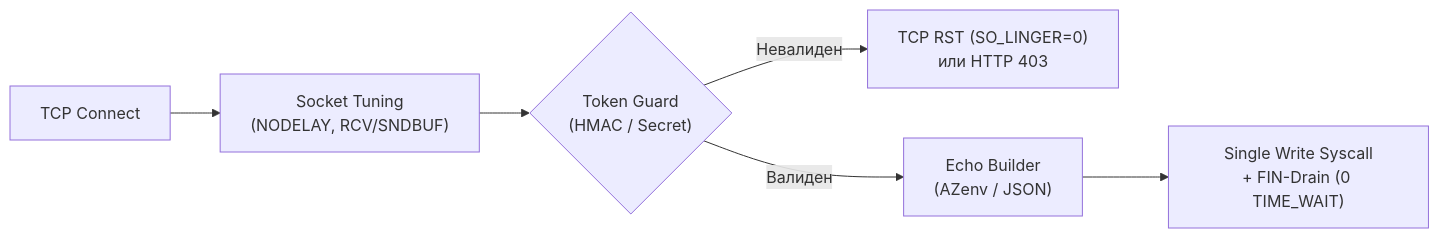
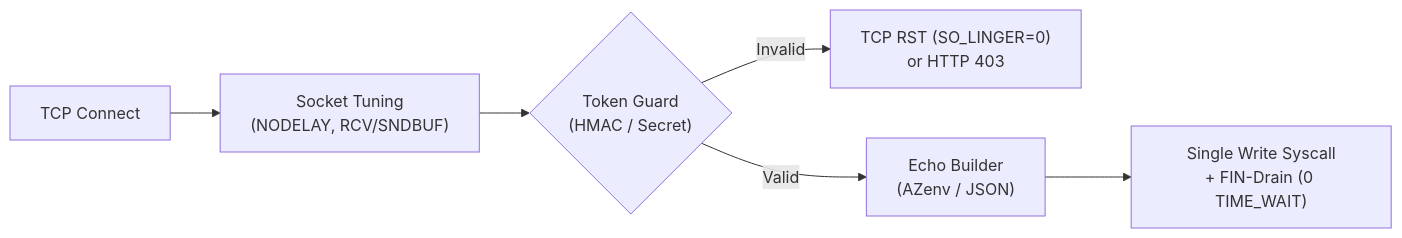
Before and after one commit to stormsia/hydra: the diagram in hydra_judge/README.md, drawn with Mermaid. The commit also changed other lines of this file and 20 other files, not shown here.

````diff
--- a/hydra_judge/README.md
+++ b/hydra_judge/README.md
@@ -46,8 +50,8 @@
 ```mermaid
 flowchart LR
     A["TCP Connect"] --> B["Socket Tuning<br/>(NODELAY, RCV/SNDBUF)"]
     B --> C{"Token Guard<br/>(HMAC / Secret)"}
-    C -->|"Невалиден"| D["TCP RST (SO_LINGER=0)<br/>или HTTP 403"]
-    C -->|"Валиден"| E["Echo Builder<br/>(AZenv / JSON)"]
+    C -->|"Invalid"| D["TCP RST (SO_LINGER=0)<br/>or HTTP 403"]
+    C -->|"Valid"| E["Echo Builder<br/>(AZenv / JSON)"]
     E --> F["Single Write Syscall<br/>+ FIN-Drain (0 TIME_WAIT)"]
 ```
````
